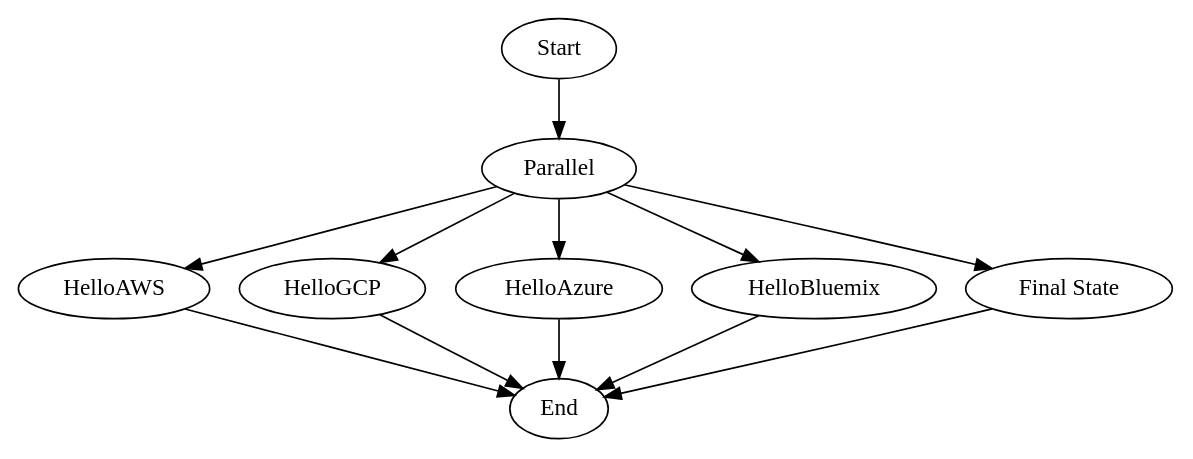
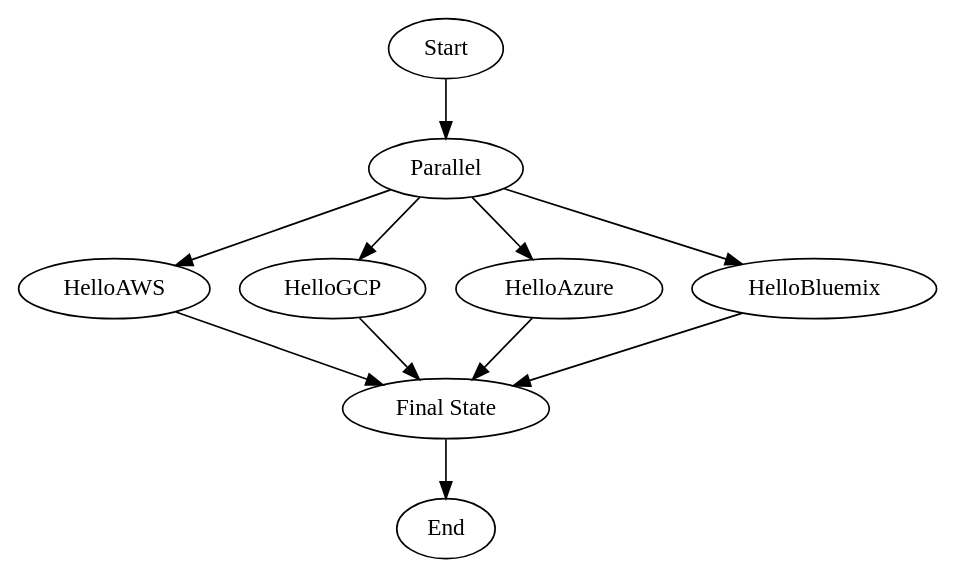
The diagram in samples/common/graph/hello_all_par.dot (NaohiroTamura/faasshell), drawn with Graphviz before and after one commit. The commit also changed other lines of this file and 12 other files, not shown here.

Commit message:
Fixed parallel_execute branch args creation bug and parallel graph

```diff
--- a/samples/common/graph/hello_all_par.dot
+++ b/samples/common/graph/hello_all_par.dot
@@ -1,13 +1,12 @@
 digraph graph_name {
      "Start" -> "Parallel" ;
      "Parallel" -> "HelloAWS" ;
-     "HelloAWS" -> "End" ;
+     "HelloAWS" -> "Final State" ;
      "Parallel" -> "HelloGCP" ;
-     "HelloGCP" -> "End" ;
+     "HelloGCP" -> "Final State" ;
      "Parallel" -> "HelloAzure" ;
-     "HelloAzure" -> "End" ;
+     "HelloAzure" -> "Final State" ;
      "Parallel" -> "HelloBluemix" ;
-     "HelloBluemix" -> "End" ;
-     "Parallel" -> "Final State" ;
+     "HelloBluemix" -> "Final State" ;
      "Final State" -> "End" ;
 }
```
